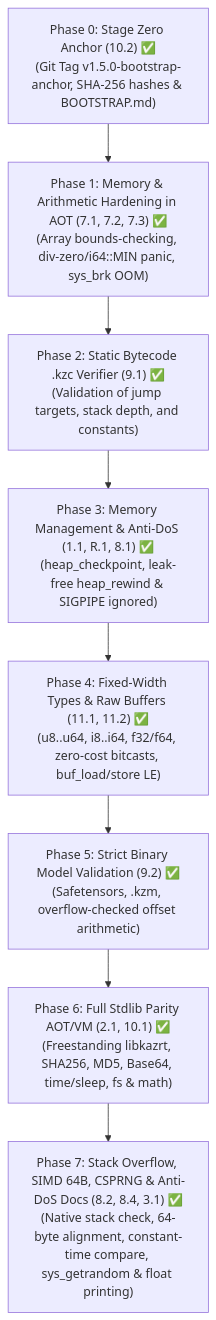
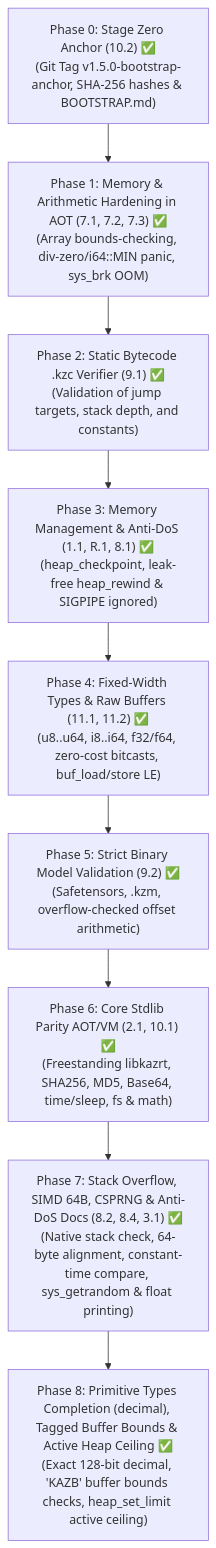
Before and after one commit to kazlang/kaz: the diagram in docs/SECURITY_MASTER_PLAN.md, drawn with Mermaid. The commit also changed other lines of this file and 10 other files, not shown here.

Commit message:
docs & dist: update docs with decimal type, tagged buffer bounds and active heap ceiling; update linux release binary

````diff
--- a/docs/SECURITY_MASTER_PLAN.md
+++ b/docs/SECURITY_MASTER_PLAN.md
@@ -11,10 +11,11 @@
 ```mermaid
 flowchart TD
     F0["Phase 0: Stage Zero Anchor (10.2) ✅<br/>(Git Tag v1.5.0-bootstrap-anchor, SHA-256 hashes & BOOTSTRAP.md)"] --> F1["Phase 1: Memory & Arithmetic Hardening in AOT (7.1, 7.2, 7.3) ✅<br/>(Array bounds-checking, div-zero/i64::MIN panic, sys_brk OOM)"]
     F1 --> F2["Phase 2: Static Bytecode .kzc Verifier (9.1) ✅<br/>(Validation of jump targets, stack depth, and constants)"]
     F2 --> F3["Phase 3: Memory Management & Anti-DoS (1.1, R.1, 8.1) ✅<br/>(heap_checkpoint, leak-free heap_rewind & SIGPIPE ignored)"]
     F3 --> F4["Phase 4: Fixed-Width Types & Raw Buffers (11.1, 11.2) ✅<br/>(u8..u64, i8..i64, f32/f64, zero-cost bitcasts, buf_load/store LE)"]
     F4 --> F5["Phase 5: Strict Binary Model Validation (9.2) ✅<br/>(Safetensors, .kzm, overflow-checked offset arithmetic)"]
-    F5 --> F6["Phase 6: Full Stdlib Parity AOT/VM (2.1, 10.1) ✅<br/>(Freestanding libkazrt, SHA256, MD5, Base64, time/sleep, fs & math)"]
+    F5 --> F6["Phase 6: Core Stdlib Parity AOT/VM (2.1, 10.1) ✅<br/>(Freestanding libkazrt, SHA256, MD5, Base64, time/sleep, fs & math)"]
     F6 --> F7["Phase 7: Stack Overflow, SIMD 64B, CSPRNG & Anti-DoS Docs (8.2, 8.4, 3.1) ✅<br/>(Native stack check, 64-byte alignment, constant-time compare, sys_getrandom & float printing)"]
+    F7 --> F8["Phase 8: Primitive Types Completion (decimal), Tagged Buffer Bounds & Active Heap Ceiling ✅<br/>(Exact 128-bit decimal, 'KAZB' buffer bounds checks, heap_set_limit active ceiling)"]
 ```
````
